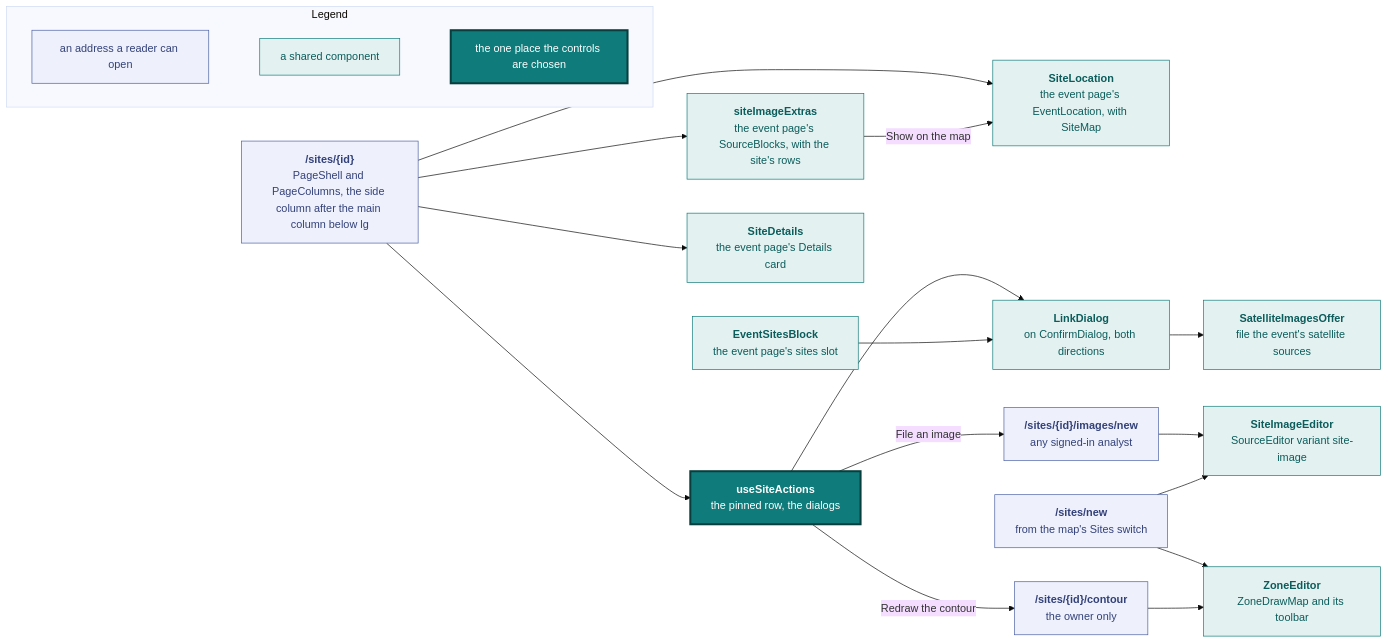
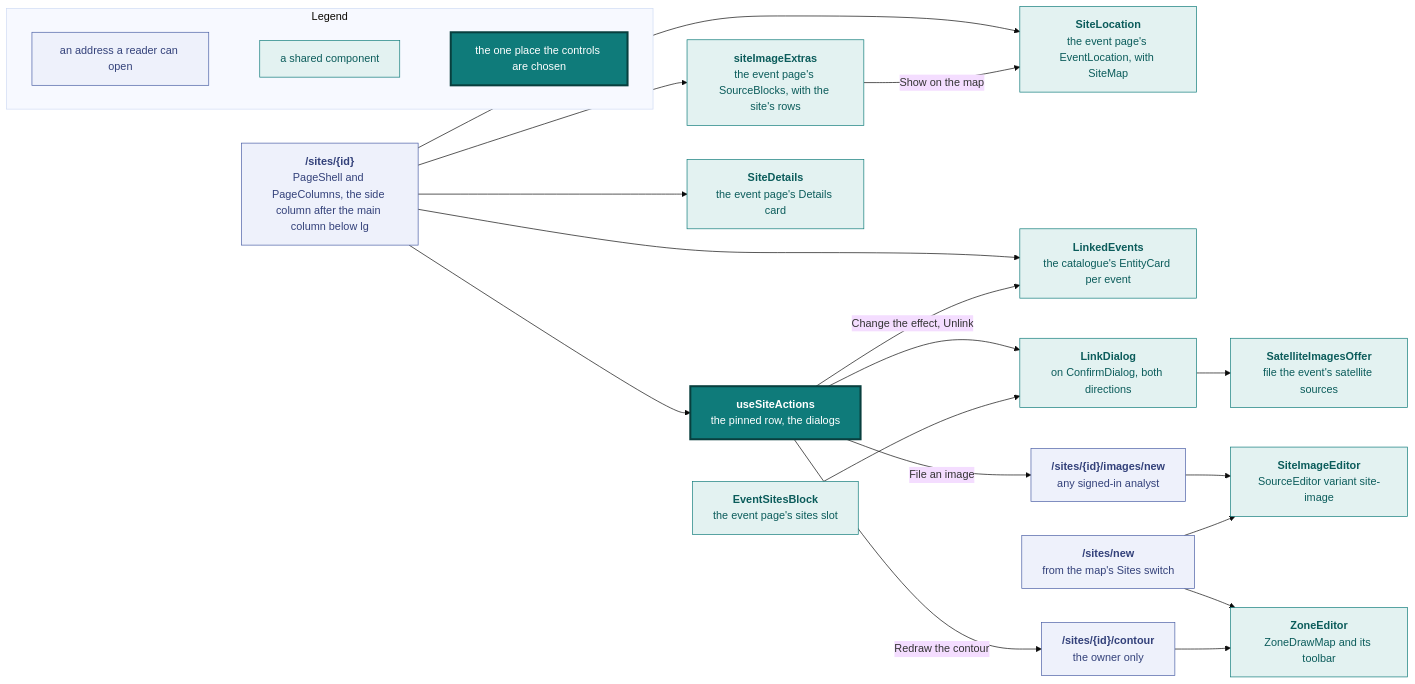
Before and after one commit to vidithq/vidit: diagram 15 of 17 in docs/design.md, drawn with Mermaid (base theme). The commit also changed other lines of this file and 13 other files, not shown here.

First line of the commit message:
feat(sites): show linked events as their own section

````diff
--- a/docs/design.md
+++ b/docs/design.md
@@ -1504,56 +1505,60 @@
 ```mermaid
 flowchart LR
   classDef spec fill:#eef1fb,stroke:#4a5fa5,color:#33417a
   classDef shared fill:#e3f2f1,stroke:#0f7b7a,color:#0b5c5b
   classDef core fill:#0f7b7a,stroke:#083f3e,stroke-width:3px,color:#ffffff
 
   subgraph legend [Legend]
     direction LR
     l1["`an address a reader can open`"]:::spec
     l2["`a shared component`"]:::shared
     l3["`the one place the controls are chosen`"]:::core
     l1 ~~~ l2 ~~~ l3
   end
 
   page["`**/sites/{id}**
   PageShell and PageColumns, the side column after the main column below lg`"]:::spec
   actions["`**useSiteActions**
   the pinned row, the dialogs`"]:::core
   card["`**siteImageExtras**
   the event page's SourceBlocks, with the site's rows`"]:::shared
   zone["`**SiteLocation**
   the event page's EventLocation, with SiteMap`"]:::shared
   details["`**SiteDetails**
   the event page's Details card`"]:::shared
+  linked["`**LinkedEvents**
+  the catalogue's EntityCard per event`"]:::shared
   dialog["`**LinkDialog**
   on ConfirmDialog, both directions`"]:::shared
   offer["`**SatelliteImagesOffer**
   file the event's satellite sources`"]:::shared
   file["`**/sites/{id}/images/new**
   any signed-in analyst`"]:::spec
   contour["`**/sites/{id}/contour**
   the owner only`"]:::spec
   create["`**/sites/new**
   from the map's Sites switch`"]:::spec
   imageed["`**SiteImageEditor**
   SourceEditor variant site-image`"]:::shared
   zoneed["`**ZoneEditor**
   ZoneDrawMap and its toolbar`"]:::shared
   event["`**EventSitesBlock**
   the event page's sites slot`"]:::shared
 
   page --> actions
   page --> card
   page --> zone
   page --> details
+  page --> linked
   card -->|"Show on the map"| zone
+  actions -->|"Change the effect, Unlink"| linked
   actions --> dialog
   event --> dialog
   dialog --> offer
   actions -->|"File an image"| file
   actions -->|"Redraw the contour"| contour
   file --> imageed
   create --> imageed
   create --> zoneed
   contour --> zoneed
 ```
````
